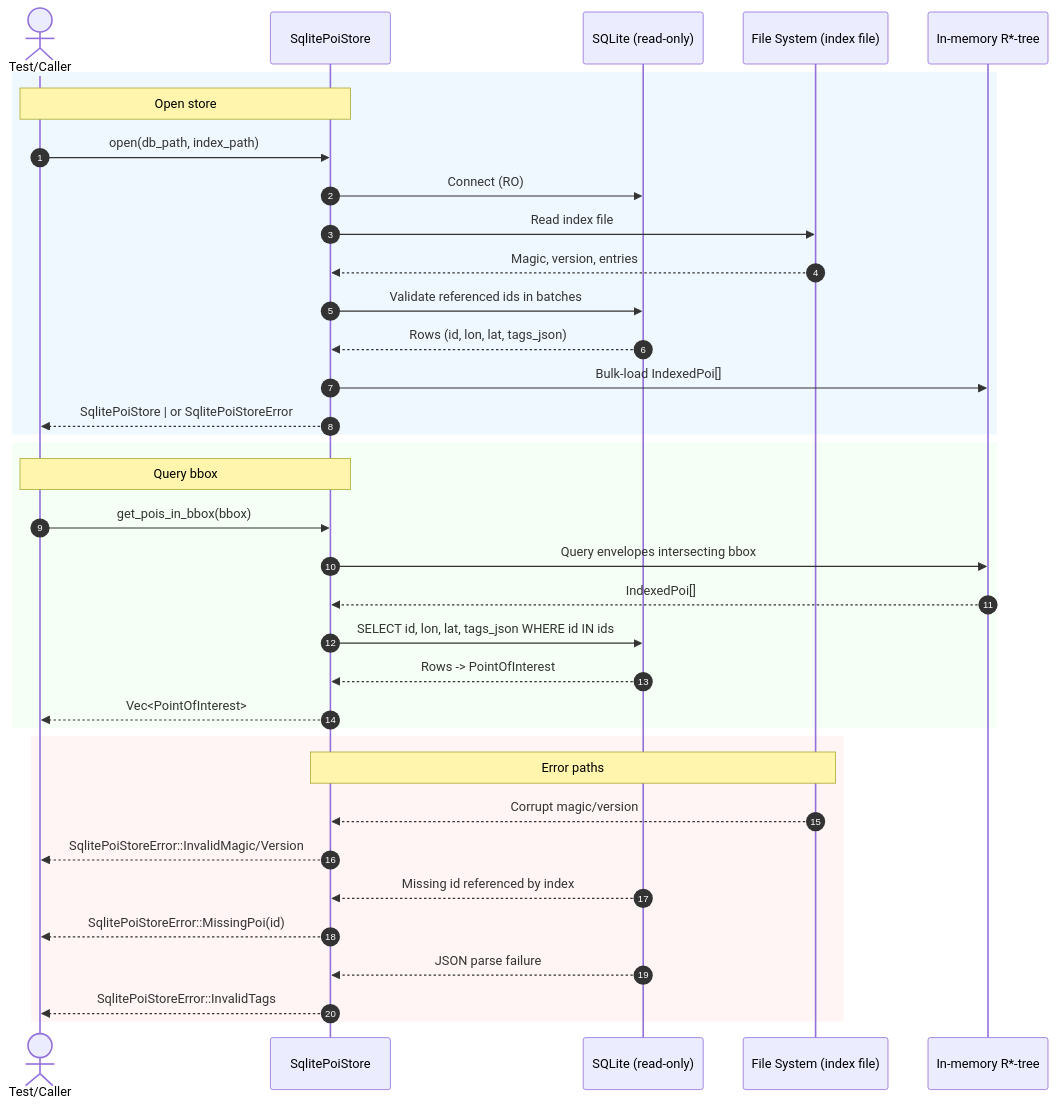
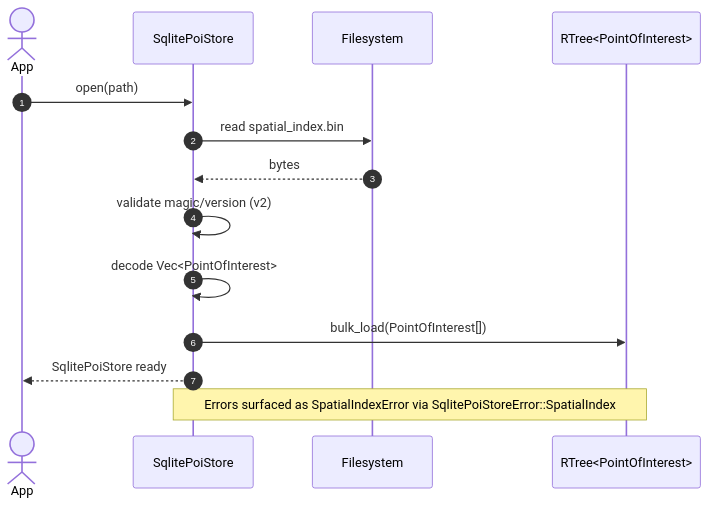
One commit to leynos/wildside-engine changed the second of 3 diagrams in docs/wildside-engine-design.md. Above: the diagram before and after it, drawn with Mermaid. The commit also changed other lines of this file and 2 other files, not shown here.

Commit message:
Refactor spatial index storage (#45)
* Refactor spatial index storage

Store full points of interest inside the persisted R*-tree, simplify error handling, and update the supporting documentation and tests.

* Stream spatial index loading

* Bump spatial index format version

Raise the spatial index version to 2 now that the persisted payload stores\nfull PointOfInterest structs. Reject both legacy and future headers by\nreporting UnsupportedVersion before deserialisation, and cover the downgrade\nscenario with a regression test. Update the architecture notes to reflect the\nnew version and explain why the change was made.

* Add spatial index runtime sequence diagrams

* Document R-tree query diagram

````diff
--- a/docs/wildside-engine-design.md
+++ b/docs/wildside-engine-design.md
@@ -158,41 +158,17 @@
 ```mermaid
 sequenceDiagram
   autonumber
-  actor Test as Test/Caller
+  actor App
   participant Store as SqlitePoiStore
-  participant SQLite as SQLite (read-only)
-  participant FS as File System (index file)
-  participant RTree as In-memory R*-tree
+  participant FS as Filesystem
+  participant RTree as RTree<PointOfInterest>
 
-  rect rgb(240,248,255)
-    note over Test,Store: Open store
-    Test->>Store: open(db_path, index_path)
-    Store->>SQLite: Connect (RO)
-    Store->>FS: Read index file
-    FS-->>Store: Magic, version, entries
-    Store->>SQLite: Validate referenced ids in batches
-    SQLite-->>Store: Rows (id, lon, lat, tags_json)
-    Store->>RTree: Bulk-load IndexedPoi[]
-    Store-->>Test: SqlitePoiStore | or SqlitePoiStoreError
-  end
-
-  rect rgb(245,255,245)
-    note over Test,Store: Query bbox
-    Test->>Store: get_pois_in_bbox(bbox)
-    Store->>RTree: Query envelopes intersecting bbox
-    RTree-->>Store: IndexedPoi[]
-    Store->>SQLite: SELECT id, lon, lat, tags_json WHERE id IN ids
-    SQLite-->>Store: Rows -> PointOfInterest
-    Store-->>Test: Vec<PointOfInterest>
-  end
-
-  rect rgb(255,245,245)
-    note over Store,FS: Error paths
-    FS-->>Store: Corrupt magic/version
-    Store-->>Test: SqlitePoiStoreError::InvalidMagic/Version
-    SQLite-->>Store: Missing id referenced by index
-    Store-->>Test: SqlitePoiStoreError::MissingPoi(id)
-    SQLite-->>Store: JSON parse failure
-    Store-->>Test: SqlitePoiStoreError::InvalidTags
-  end
+  App->>Store: open(path)
+  Store->>FS: read spatial_index.bin
+  FS-->>Store: bytes
+  Store->>Store: validate magic/version (v2)
+  Store->>Store: decode Vec<PointOfInterest>
+  Store->>RTree: bulk_load(PointOfInterest[])
+  Store-->>App: SqlitePoiStore ready
+  Note over Store,RTree: Errors surfaced as SpatialIndexError via SqlitePoiStoreError::SpatialIndex
 ```
````
